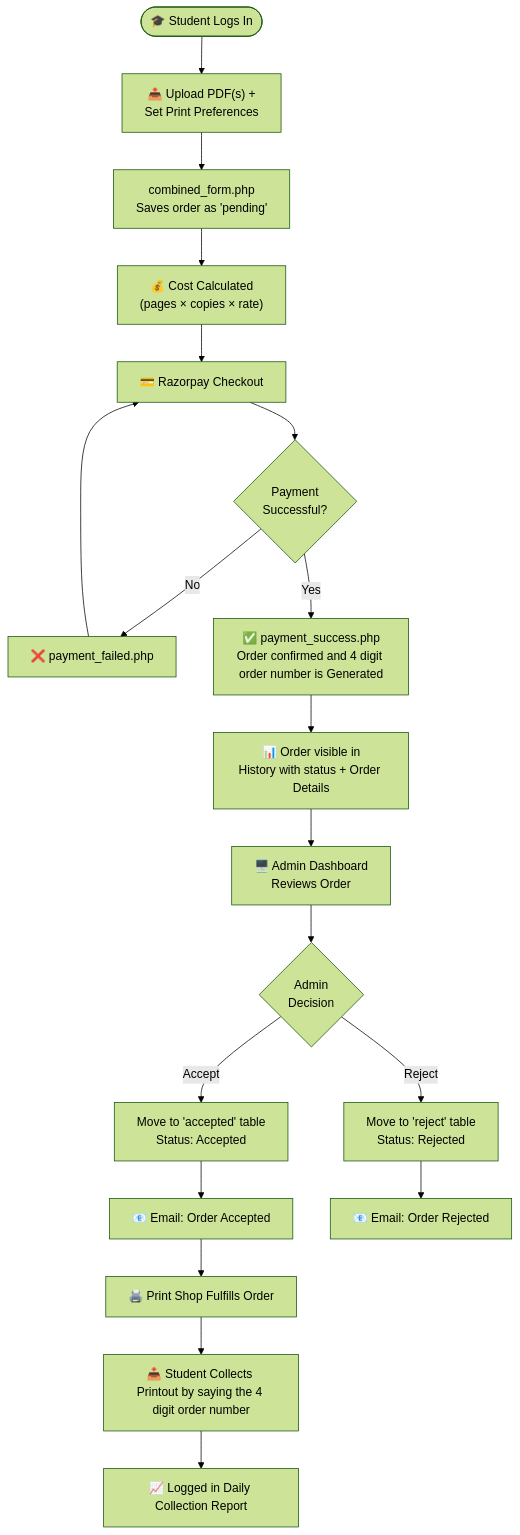
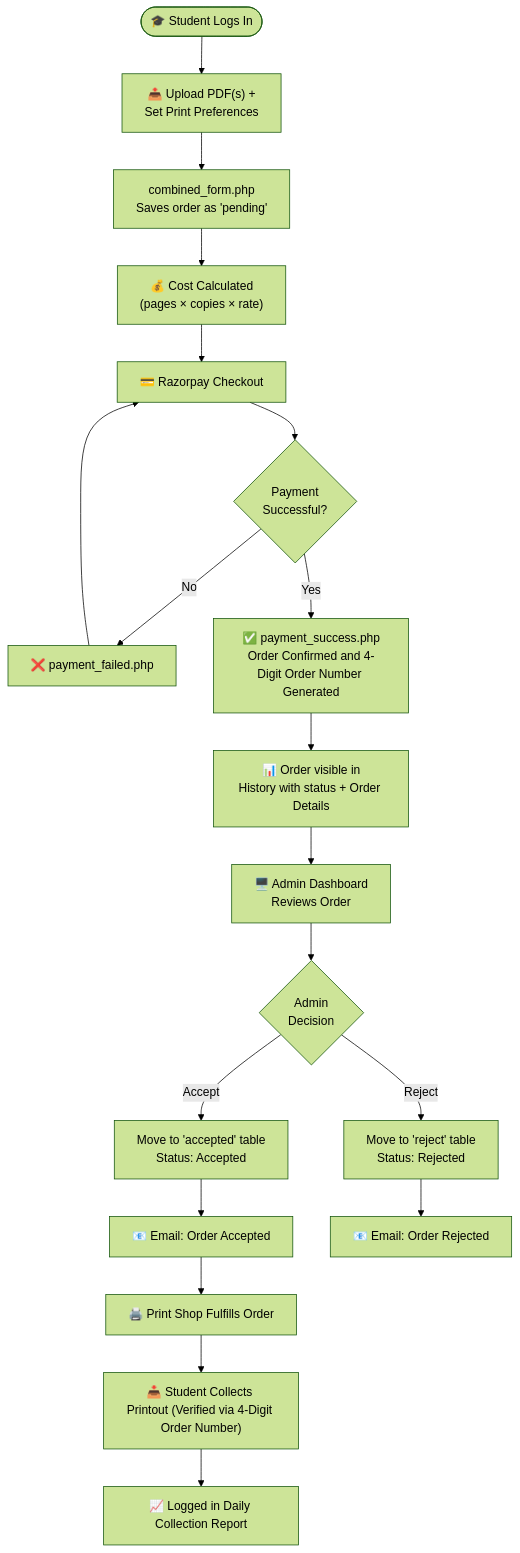
Before and after one commit to Soorya-SS-01/Student-Print-Service: the second of 2 diagrams in README.md, drawn with Mermaid (forest theme).

````diff
--- a/README.md
+++ b/README.md
@@ -162,24 +162,24 @@
 ```mermaid
 flowchart TD
     A(["🎓 Student Logs In"]) --> B["📤 Upload PDF(s) +\nSet Print Preferences"]
     B --> C["combined_form.php\nSaves order as 'pending'"]
     C --> D["💰 Cost Calculated\n(pages × copies × rate)"]
     D --> E["💳 Razorpay Checkout"]
     E --> F{"Payment\nSuccessful?"}
     F -- "No" --> G["❌ payment_failed.php"]
     G --> E
-    F -- "Yes" --> H["✅ payment_success.php\nOrder confirmed and 4 digit order number is Generated"]
+    F -- "Yes" --> H["✅ payment_success.php\nOrder Confirmed and 4-Digit Order Number Generated"]
     H --> I["📊 Order visible in\nHistory with status + Order Details"]
 
     I --> J["🖥️ Admin Dashboard\nReviews Order"]
     J --> K{"Admin\nDecision"}
     K -- "Accept" --> L["Move to 'accepted' table\nStatus: Accepted"]
     K -- "Reject" --> M["Move to 'reject' table\nStatus: Rejected"]
 
     L --> N["📧 Email: Order Accepted"]
     M --> O["📧 Email: Order Rejected"]
 
     N --> P["🖨️ Print Shop Fulfills Order"]
-    P --> Q["📥 Student Collects Printout by saying the 4 digit order number"]
+    P --> Q["📥 Student Collects Printout (Verified via 4-Digit Order Number)"]
     Q --> R["📈 Logged in Daily Collection Report"]
 ```
````
